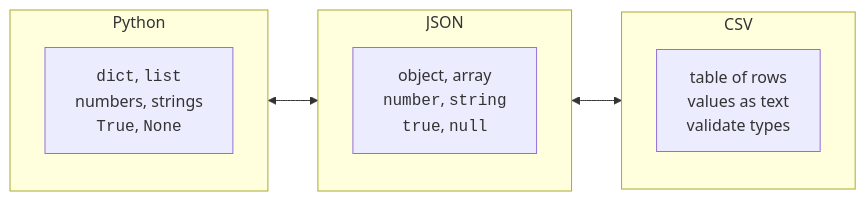
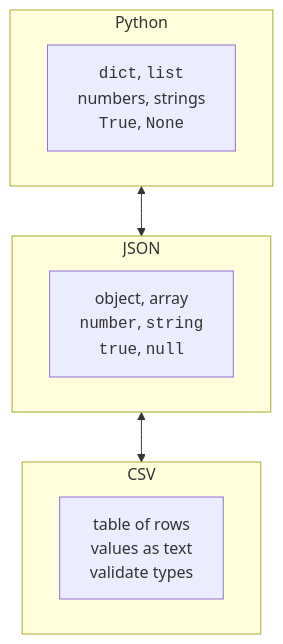
Before and after one commit to musicvano/Blog: the diagram in src/courses/python/11-modules-files-pytest/json-csv.md, drawn with Mermaid. The commit also changed other lines of this file and 583 other files, not shown here.

````diff
--- a/src/courses/python/11-modules-files-pytest/json-csv.md
+++ b/src/courses/python/11-modules-files-pytest/json-csv.md
@@ -14,14 +14,14 @@
 ```mermaid
-flowchart LR
+flowchart TB
   subgraph PY["Python"]
     PD["<code>dict</code>, <code>list</code><br>numbers, strings<br><code>True</code>, <code>None</code>"]
   end
   subgraph JS["JSON"]
     JD["object, array<br><code>number</code>, <code>string</code><br><code>true</code>, <code>null</code>"]
   end
   subgraph CS["CSV"]
     CD["table of rows<br>values as text<br>validate types"]
   end
   PY <--> JS
   JS <--> CS
 ```
````
